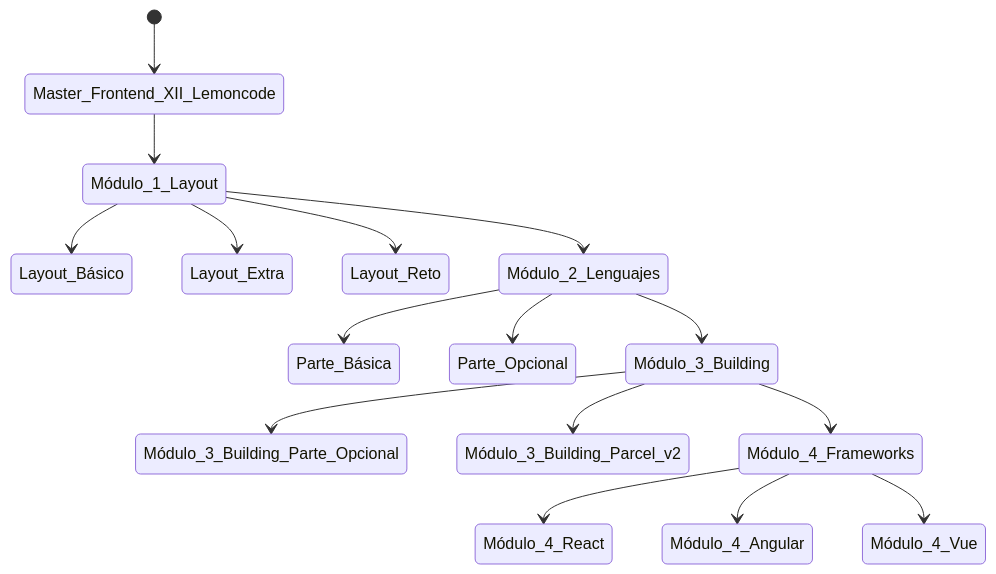
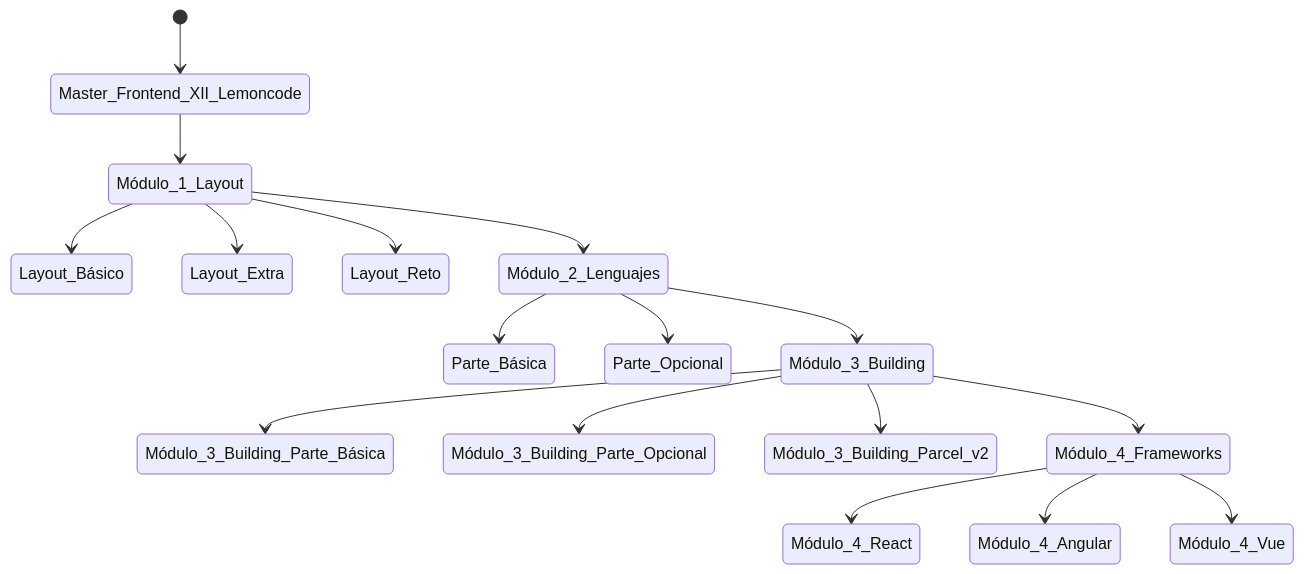
One commit to MiguelJiRo/Master-Frontend-XII-Lemoncode changed the diagram in README.md. Above: the diagram before and after it, drawn with Mermaid.

````diff
--- a/README.md
+++ b/README.md
@@ -19,18 +19,19 @@
  ```mermaid
     stateDiagram
         [*] --> Master_Frontend_XII_Lemoncode
         Master_Frontend_XII_Lemoncode --> Módulo_1_Layout
         Módulo_1_Layout --> Layout_Básico 
         Módulo_1_Layout --> Layout_Extra  
         Módulo_1_Layout --> Layout_Reto  
         Módulo_1_Layout --> Módulo_2_Lenguajes
         Módulo_2_Lenguajes --> Parte_Básica 
         Módulo_2_Lenguajes --> Parte_Opcional 
         Módulo_2_Lenguajes --> Módulo_3_Building
+        Módulo_3_Building --> Módulo_3_Building_Parte_Básica
         Módulo_3_Building --> Módulo_3_Building_Parte_Opcional
         Módulo_3_Building --> Módulo_3_Building_Parcel_v2
         Módulo_3_Building --> Módulo_4_Frameworks
         Módulo_4_Frameworks --> Módulo_4_React
         Módulo_4_Frameworks --> Módulo_4_Angular
         Módulo_4_Frameworks --> Módulo_4_Vue
  ```
````
